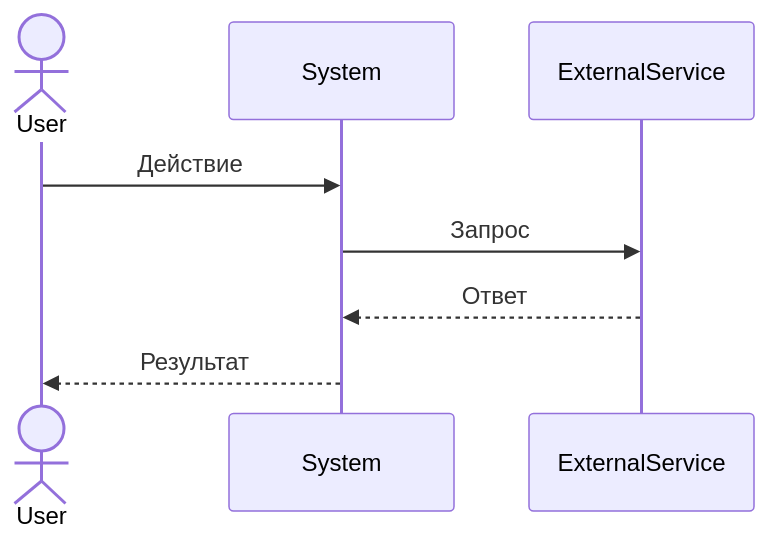
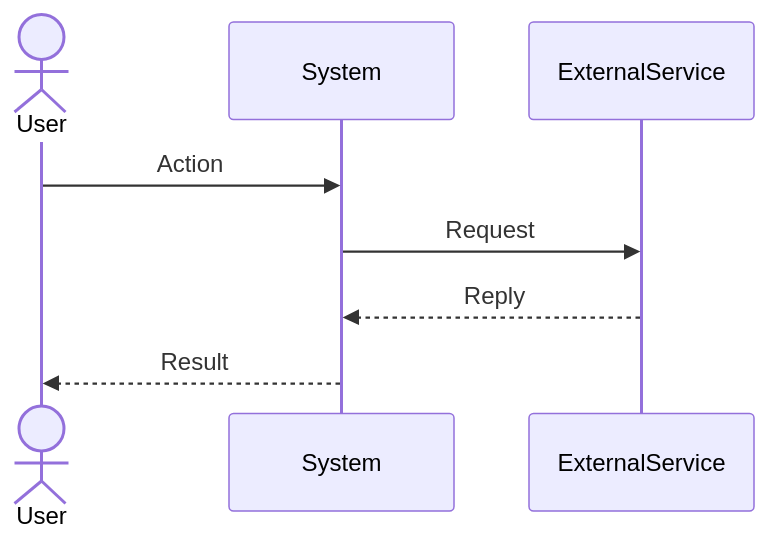
Before and after one commit to academici/swissknifeman: the first of 2 diagrams in packages/skiller/skills/pm/business-process/SKILL.md, drawn with Mermaid. The commit also changed other lines of this file and 1553 other files, not shown here.

````diff
--- a/packages/skiller/skills/pm/business-process/SKILL.md
+++ b/packages/skiller/skills/pm/business-process/SKILL.md
@@ -55,11 +55,11 @@
 ```mermaid
 sequenceDiagram
     actor User
     participant System
     participant ExternalService
 
-    User->>System: Действие
-    System->>ExternalService: Запрос
-    ExternalService-->>System: Ответ
-    System-->>User: Результат
+    User->>System: Action
+    System->>ExternalService: Request
+    ExternalService-->>System: Reply
+    System-->>User: Result
 ```
````
